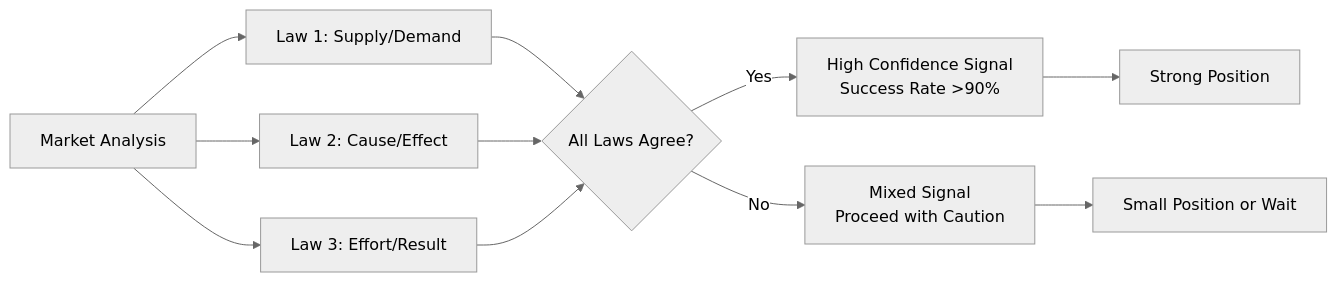
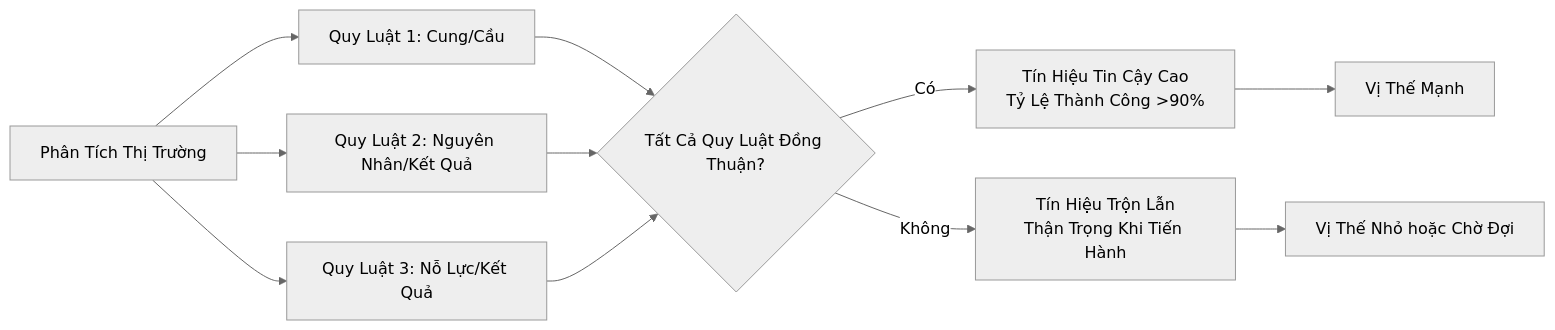
One commit to quanhua92/aipriceaction-old changed the second of 2 diagrams in docs/tutorials/chapter-1-2-wyckoff-laws.md. Above: the diagram before and after it, drawn with Mermaid (neutral theme). The commit also changed other lines of this file and 13 other files, not shown here.

````diff
--- a/docs/tutorials/chapter-1-2-wyckoff-laws.md
+++ b/docs/tutorials/chapter-1-2-wyckoff-laws.md
@@ -335,16 +335,16 @@
 ```mermaid
 flowchart LR
-    A[Market Analysis] --> B[Law 1: Supply/Demand]
-    A --> C[Law 2: Cause/Effect]  
-    A --> D[Law 3: Effort/Result]
+    A[Phân Tích Thị Trường] --> B[Quy Luật 1: Cung/Cầu]
+    A --> C[Quy Luật 2: Nguyên Nhân/Kết Quả]  
+    A --> D[Quy Luật 3: Nỗ Lực/Kết Quả]
     
-    B --> E{All Laws Agree?}
+    B --> E{Tất Cả Quy Luật Đồng Thuận?}
     C --> E
     D --> E
     
-    E -->|Yes| F[High Confidence Signal<br/>Success Rate >90%]
-    E -->|No| G[Mixed Signal<br/>Proceed with Caution]
+    E -->|Có| F[Tín Hiệu Tin Cậy Cao<br/>Tỷ Lệ Thành Công >90%]
+    E -->|Không| G[Tín Hiệu Trộn Lẫn<br/>Thận Trọng Khi Tiến Hành]
     
-    F --> H[Strong Position]
-    G --> I[Small Position or Wait]
+    F --> H[Vị Thế Mạnh]
+    G --> I[Vị Thế Nhỏ hoặc Chờ Đợi]
 ```
````
